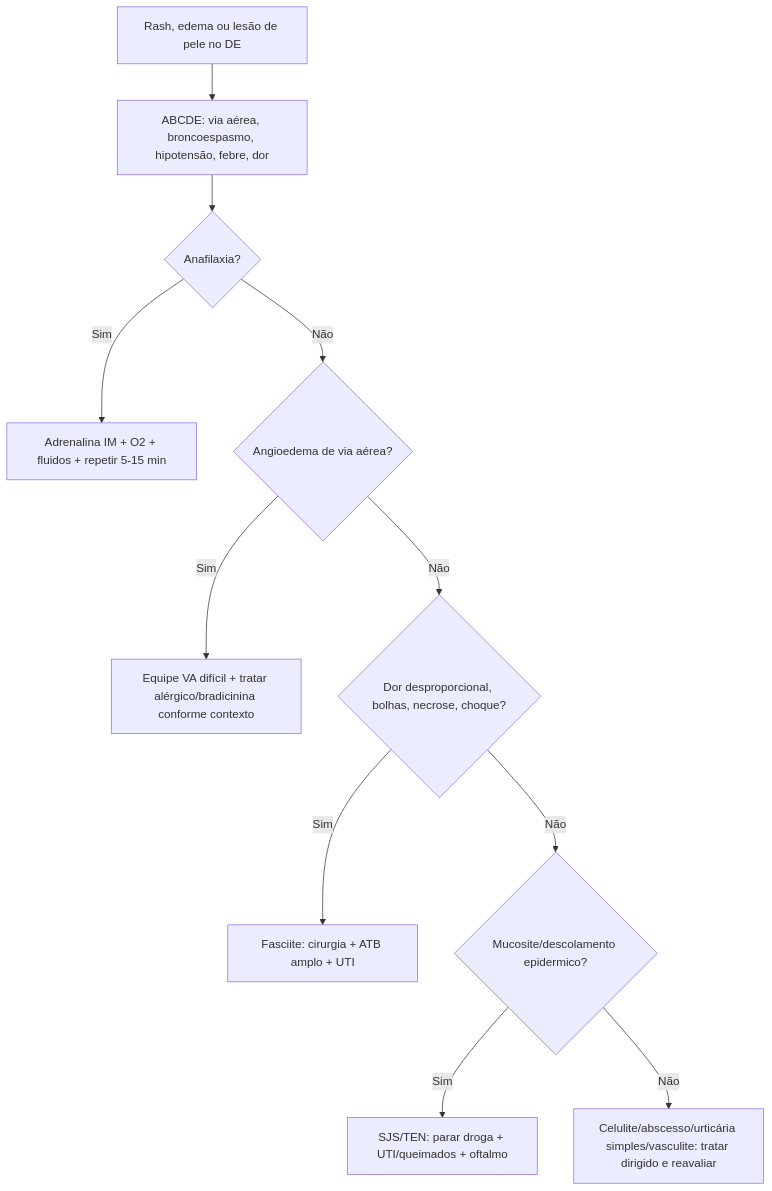
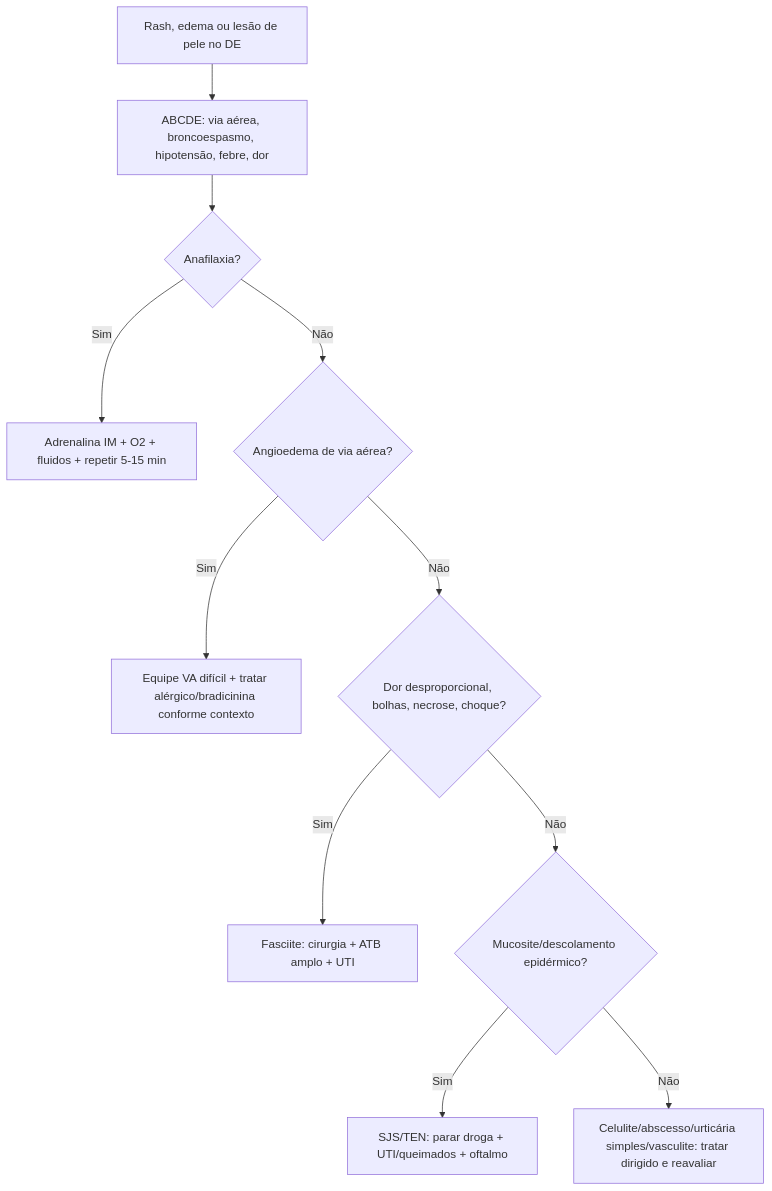
Before and after one commit to ThiagoPersona/emergencia26: the first of 3 diagrams in Intensivao/temas/016_dermato-reumato-alergia-anafilaxia.md, drawn with Mermaid. The commit also changed other lines of this file and 10 other files, not shown here.

````diff
--- a/Intensivao/temas/016_dermato-reumato-alergia-anafilaxia.md
+++ b/Intensivao/temas/016_dermato-reumato-alergia-anafilaxia.md
@@ -197,13 +197,13 @@
 ```mermaid
 flowchart TD
     A[Rash, edema ou lesão de pele no DE] --> B[ABCDE: via aérea, broncoespasmo, hipotensão, febre, dor]
     B --> C{Anafilaxia?}
     C -->|Sim| D[Adrenalina IM + O2 + fluidos + repetir 5-15 min]
     C -->|Não| E{Angioedema de via aérea?}
     E -->|Sim| F[Equipe VA difícil + tratar alérgico/bradicinina conforme contexto]
     E -->|Não| G{Dor desproporcional, bolhas, necrose, choque?}
     G -->|Sim| H[Fasciite: cirurgia + ATB amplo + UTI]
-    G -->|Não| I{Mucosite/descolamento epidermico?}
+    G -->|Não| I{Mucosite/descolamento epidérmico?}
     I -->|Sim| J[SJS/TEN: parar droga + UTI/queimados + oftalmo]
     I -->|Não| K[Celulite/abscesso/urticária simples/vasculite: tratar dirigido e reavaliar]
 ```
````
